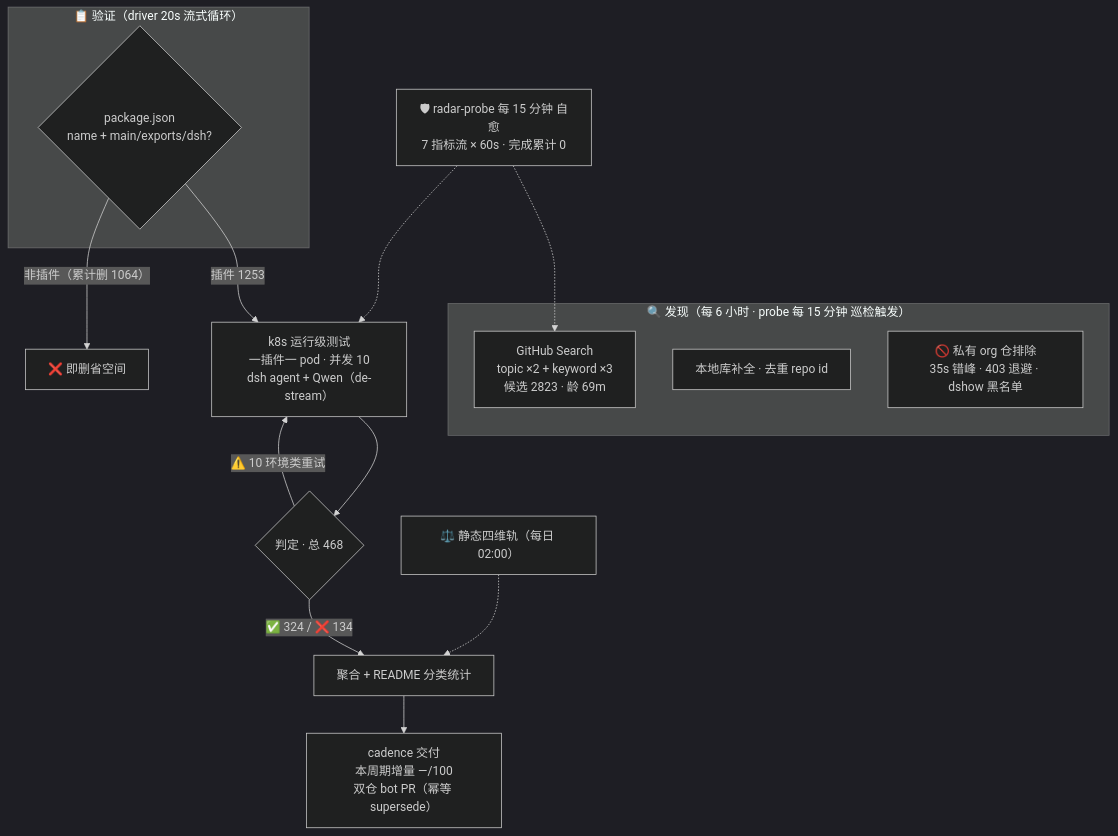
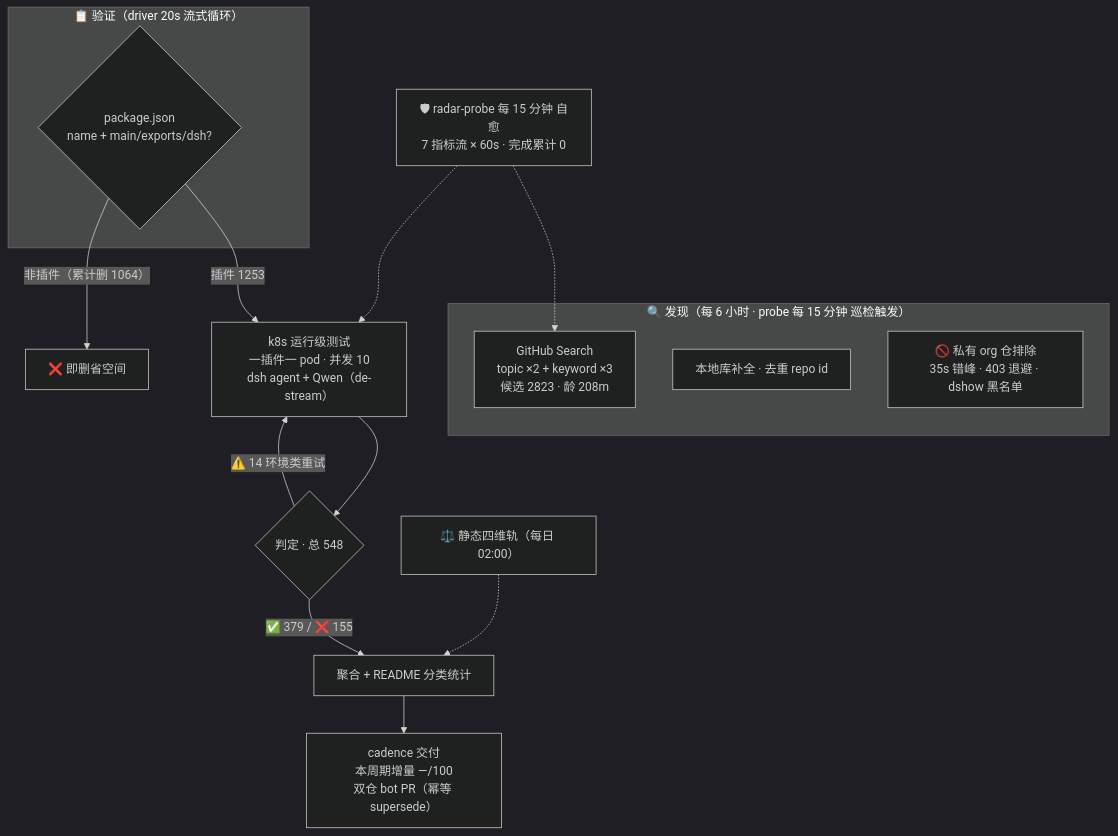
The diagram in README.md (Zhidao-Lab-OSS/awesome-dsh-plugins), drawn with Mermaid (dark theme) before and after one commit. The commit also changed other lines of this file and 1 other file, not shown here.

````diff
--- a/README.md
+++ b/README.md
@@ -30,20 +30,20 @@
 ```mermaid
 flowchart TB
     subgraph Discovery["🔍 发现（每 6 小时 · probe 每 15 分钟 巡检触发）"]
-        A1["GitHub Search<br/>topic ×2 + keyword ×3<br/>候选 2823 · 龄 69m"]
+        A1["GitHub Search<br/>topic ×2 + keyword ×3<br/>候选 2823 · 龄 208m"]
         A2["本地库补全 · 去重 repo id"]
         A3["🚫 私有 org 仓排除<br/>35s 错峰 · 403 退避 · dshow 黑名单"]
     end
     subgraph Validation["📋 验证（driver 20s 流式循环）"]
         B1{"package.json<br/>name + main/exports/dsh?"}
     end
     B1 -->|"插件 1253"| C1["k8s 运行级测试<br/>一插件一 pod · 并发 10<br/>dsh agent + Qwen（de-stream）"]
     B1 -->|"非插件（累计删 1064）"| B3["❌ 即删省空间"]
-    C1 --> D1{"判定 · 总 468"}
-    D1 -->|"✅ 324 / ❌ 134"| E1["聚合 + README 分类统计"]
-    D1 -->|"⚠️ 10 环境类重试"| C1
+    C1 --> D1{"判定 · 总 548"}
+    D1 -->|"✅ 379 / ❌ 155"| E1["聚合 + README 分类统计"]
+    D1 -->|"⚠️ 14 环境类重试"| C1
     E1 --> E2["cadence 交付<br/>本周期增量 —/100<br/>双仓 bot PR（幂等 supersede）"]
     S["⚖️ 静态四维轨（每日 02:00）"] -.-> E1
     M["🛡 radar-probe 每 15 分钟 自愈<br/>7 指标流 × 60s · 完成累计 0"] -.-> A1
     M -.-> C1
 ```
````
